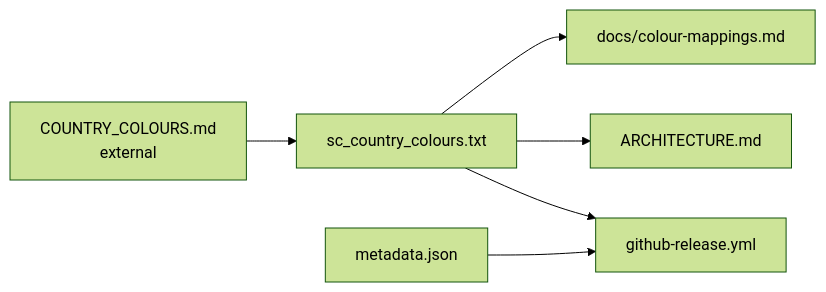
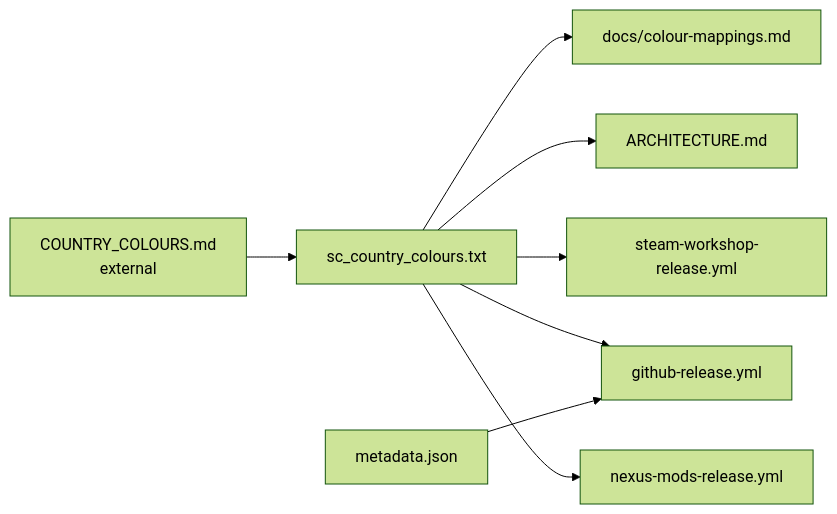
The diagram in docs/dependencies.md (hmlendea/standardised-country-colours), drawn with Mermaid (forest theme) before and after one commit. The commit also changed other lines of this file and 19 other files, not shown here.

Commit message:
dev: Created the Steam Workshop and Nexus Mods release workflows

````diff
--- a/docs/dependencies.md
+++ b/docs/dependencies.md
@@ -34,8 +34,10 @@
 ```mermaid
 flowchart LR
   Palette["COUNTRY_COLOURS.md<br/>external"] --> Content["sc_country_colours.txt"]
   Content --> Docs["docs/colour-mappings.md"]
   Content --> RootArch["ARCHITECTURE.md"]
   Meta["metadata.json"] --> Release["github-release.yml"]
   Content --> Release
+  Content --> Workshop["steam-workshop-release.yml"]
+  Content --> Nexus["nexus-mods-release.yml"]
 ```
````
